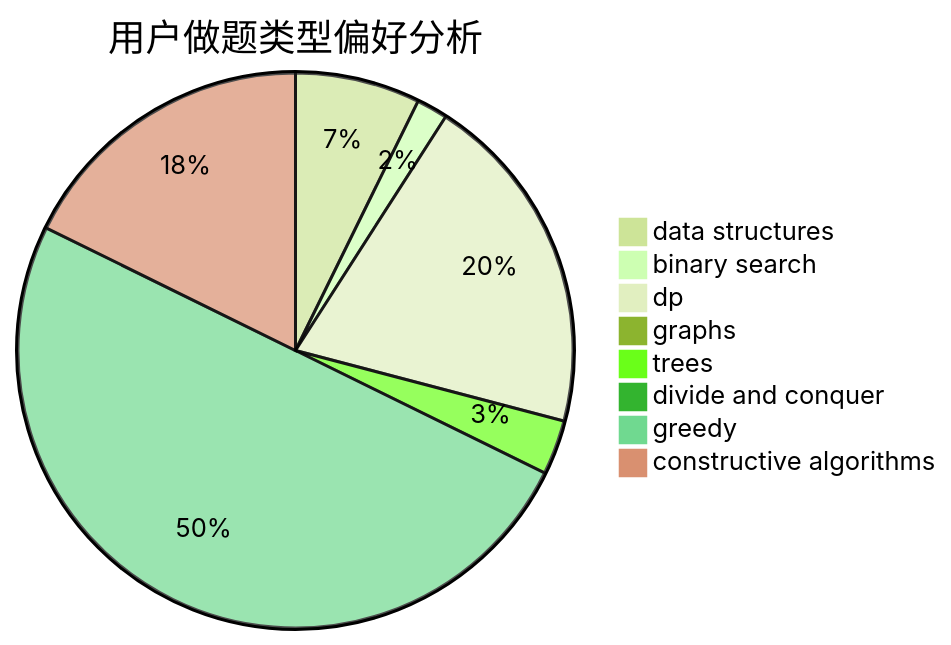
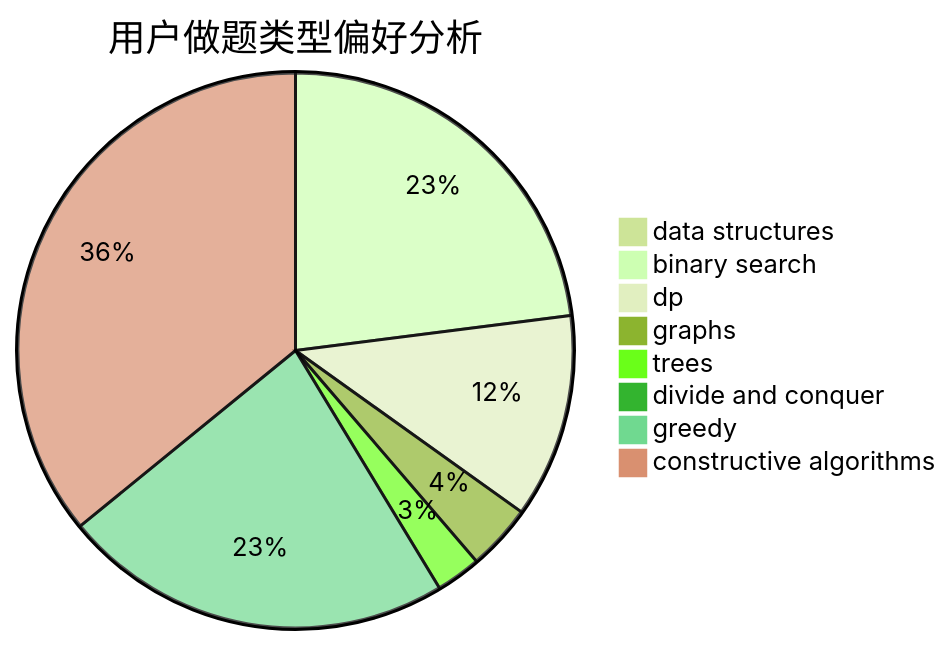
The second of 3 diagrams in docs/user/u2002.md (sherpahu/cfrs.github.io), drawn with Mermaid (forest theme) before and after one commit. The commit also changed other lines of this file and 2770 other files, not shown here.

````diff
--- a/docs/user/u2002.md
+++ b/docs/user/u2002.md
@@ -23,11 +23,11 @@
 ```mermaid
 pie title 用户做题类型偏好分析
-    "data structures" :  16
-    "binary search" :  4
-    "dp" :  44
-    "graphs" :  0
-    "trees" :  7
+    "data structures" :  3
+    "binary search" :  114
+    "dp" :  59
+    "graphs" :  19
+    "trees" :  13
     "divide and conquer" :  0
-    "greedy" :  110
-    "constructive algorithms" :  39
+    "greedy" :  113
+    "constructive algorithms" :  178
 ```
````
